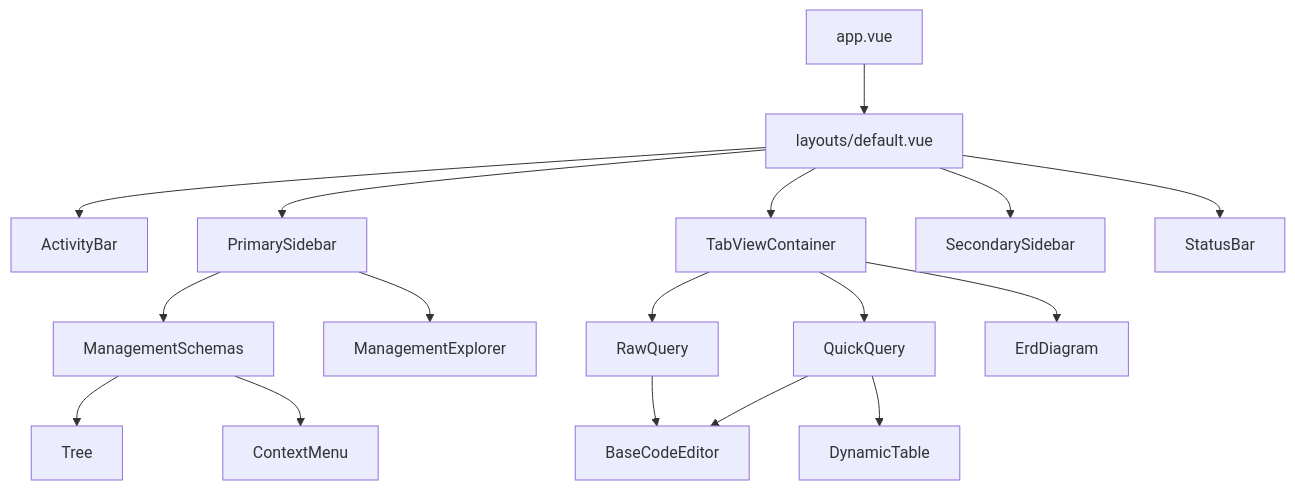
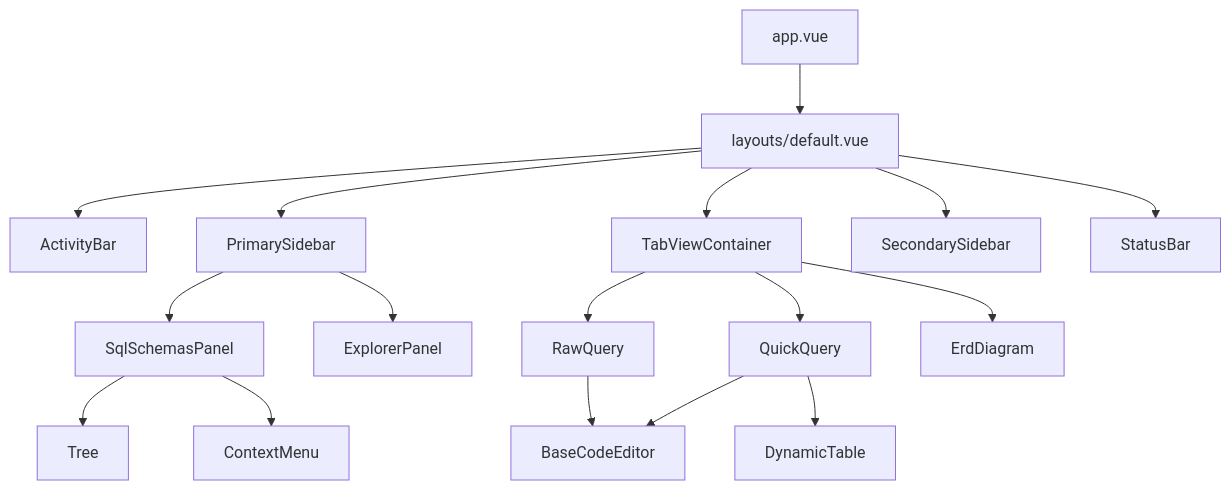
One commit to cin12211/orca-q changed the diagram in docs/COMPONENTS_OVERVIEW.md. Above: the diagram before and after it, drawn with Mermaid. The commit also changed other lines of this file and 10 other files, not shown here.

First line of the commit message:
docs: document the primary sidebar flow and the driver layout

````diff
--- a/docs/COMPONENTS_OVERVIEW.md
+++ b/docs/COMPONENTS_OVERVIEW.md
@@ -244,23 +243,23 @@
 ```mermaid
 graph TD
     A[app.vue] --> B[layouts/default.vue]
     B --> C[ActivityBar]
     B --> D[PrimarySidebar]
     B --> E[TabViewContainer]
     B --> F[SecondarySidebar]
     B --> G[StatusBar]
 
-    D --> H[ManagementSchemas]
-    D --> I[ManagementExplorer]
+    D --> H[SqlSchemasPanel]
+    D --> I[ExplorerPanel]
 
     E --> J[QuickQuery]
     E --> K[RawQuery]
     E --> L[ErdDiagram]
 
     J --> M[BaseCodeEditor]
     J --> N[DynamicTable]
     K --> M
 
     H --> O[Tree]
     H --> P[ContextMenu]
 ```
````
